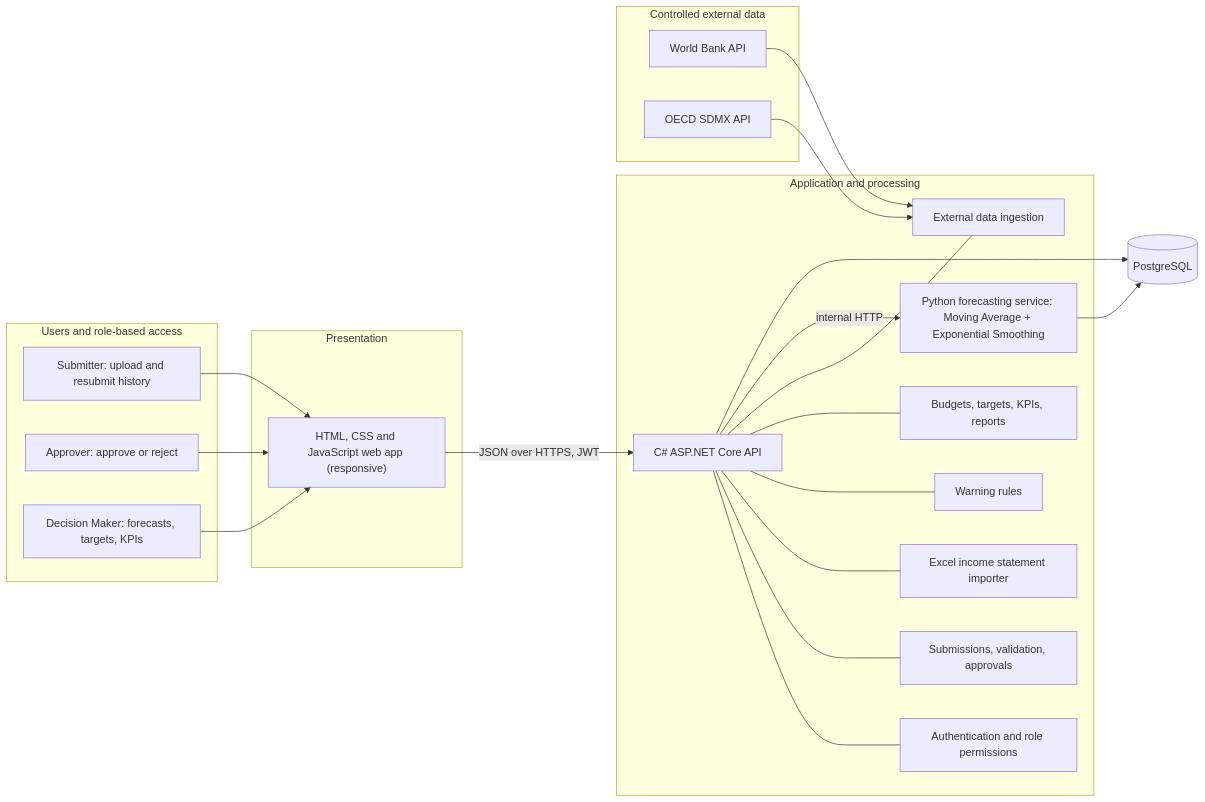
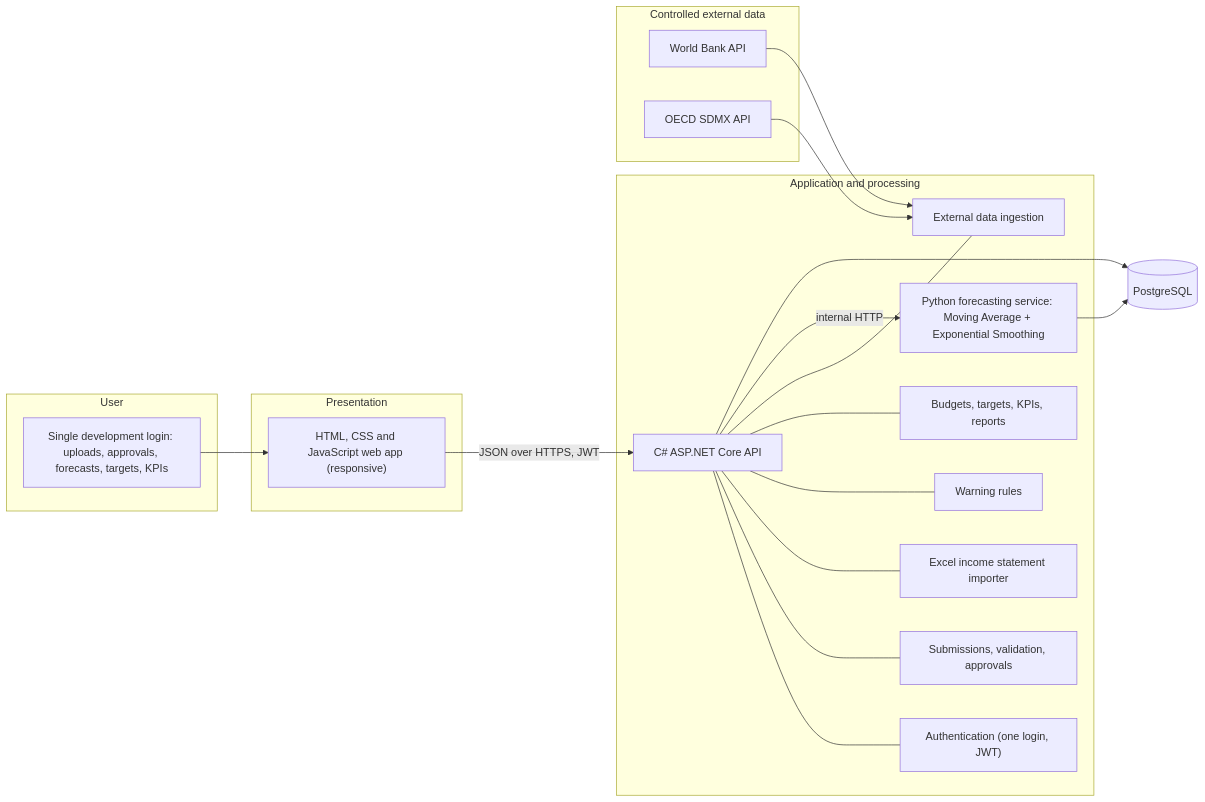
One commit to codePexx-ZA/randahead changed the diagram in README.md. Above: the diagram before and after it, drawn with Mermaid. The commit also changed other lines of this file and 3 other files, not shown here.

First line of the commit message:
Document the temporary single development login

````diff
--- a/README.md
+++ b/README.md
@@ -25,46 +25,42 @@
 ```mermaid
 graph LR
-    subgraph USERS[Users and role-based access]
-        S["Submitter: upload and resubmit history"]
-        A["Approver: approve or reject"]
-        D["Decision Maker: forecasts, targets, KPIs"]
+    subgraph USERS[User]
+        U["Single development login: uploads, approvals, forecasts, targets, KPIs"]
     end
 
     subgraph FRONTEND[Presentation]
         UI["HTML, CSS and JavaScript web app (responsive)"]
     end
 
     subgraph BACKEND[Application and processing]
         API["C# ASP.NET Core API"]
-        AUTH["Authentication and role permissions"]
+        AUTH["Authentication (one login, JWT)"]
         WORKFLOW["Submissions, validation, approvals"]
         IMPORT["Excel income statement importer"]
         RULES["Warning rules"]
         INGEST["External data ingestion"]
         REPORTS["Budgets, targets, KPIs, reports"]
         FC["Python forecasting service: Moving Average + Exponential Smoothing"]
     end
 
     subgraph EXTERNAL[Controlled external data]
         WB["World Bank API"]
         OECD["OECD SDMX API"]
     end
 
     DB[("PostgreSQL")]
 
-    S --> UI
-    A --> UI
-    D --> UI
+    U --> UI
     UI -->|JSON over HTTPS, JWT| API
     API --- AUTH
     API --- WORKFLOW
     API --- IMPORT
     API --- RULES
     API --- REPORTS
     API --- INGEST
     WB --> INGEST
     OECD --> INGEST
     API -->|internal HTTP| FC
     API --> DB
     FC --> DB
 ```
````
